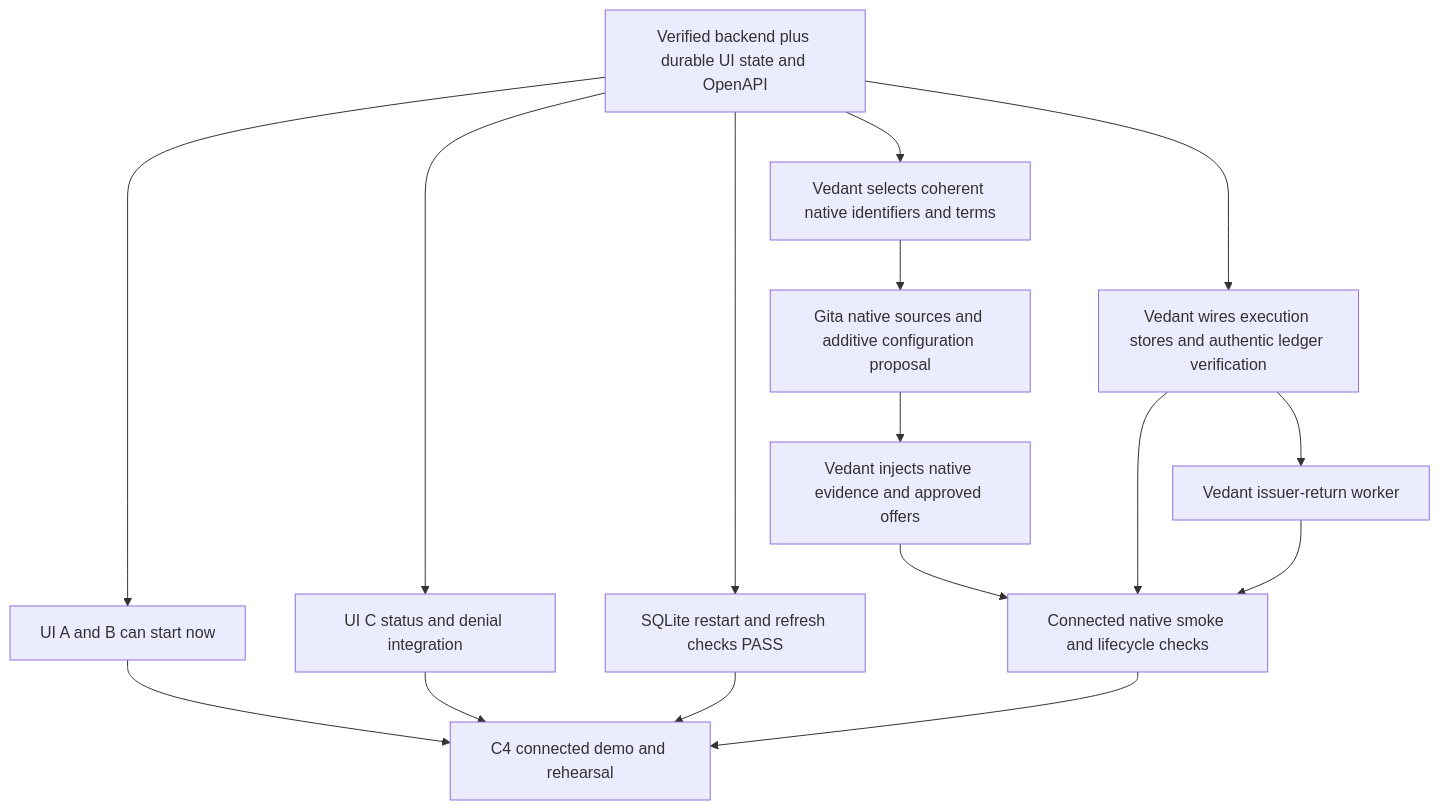
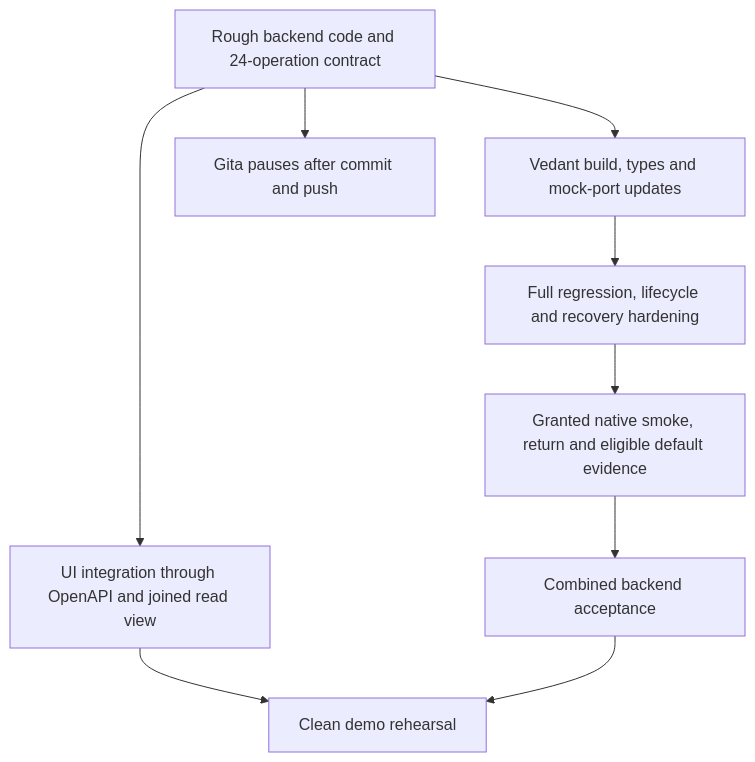
One commit to vedantd/shellfish changed the diagram in docs/agent/WORK-BOARD.md. Above: the diagram before and after it, drawn with Mermaid. The commit also changed other lines of this file and 35 other files, not shown here.

Commit message:
feat: wire rough durable Devnet backend and lifecycle APIs

````diff
--- a/docs/agent/WORK-BOARD.md
+++ b/docs/agent/WORK-BOARD.md
@@ -35,18 +35,11 @@
 ```mermaid
 flowchart TD
-  A[Verified backend plus durable UI state and OpenAPI] --> U[UI A and B can start now]
-  A --> C[UI C status and denial integration]
-  A --> R[SQLite restart and refresh checks PASS]
-  A --> N[Vedant selects coherent native identifiers and terms]
-  N --> S[Gita native sources and additive configuration proposal]
-  S --> I[Vedant injects native evidence and approved offers]
-  A --> X[Vedant wires execution stores and authentic ledger verification]
-  X --> P[Vedant issuer-return worker]
-  I --> L[Connected native smoke and lifecycle checks]
-  X --> L
-  P --> L
-  U --> D[C4 connected demo and rehearsal]
-  C --> D
-  R --> D
-  L --> D
+  R[Rough backend code and 24-operation contract] --> T[Vedant build, types and mock-port updates]
+  T --> H[Full regression, lifecycle and recovery hardening]
+  H --> N[Granted native smoke, return and eligible default evidence]
+  R --> U[UI integration through OpenAPI and joined read view]
+  N --> A[Combined backend acceptance]
+  U --> D[Clean demo rehearsal]
+  A --> D
+  R --> P[Gita pauses after commit and push]
 ```
````
